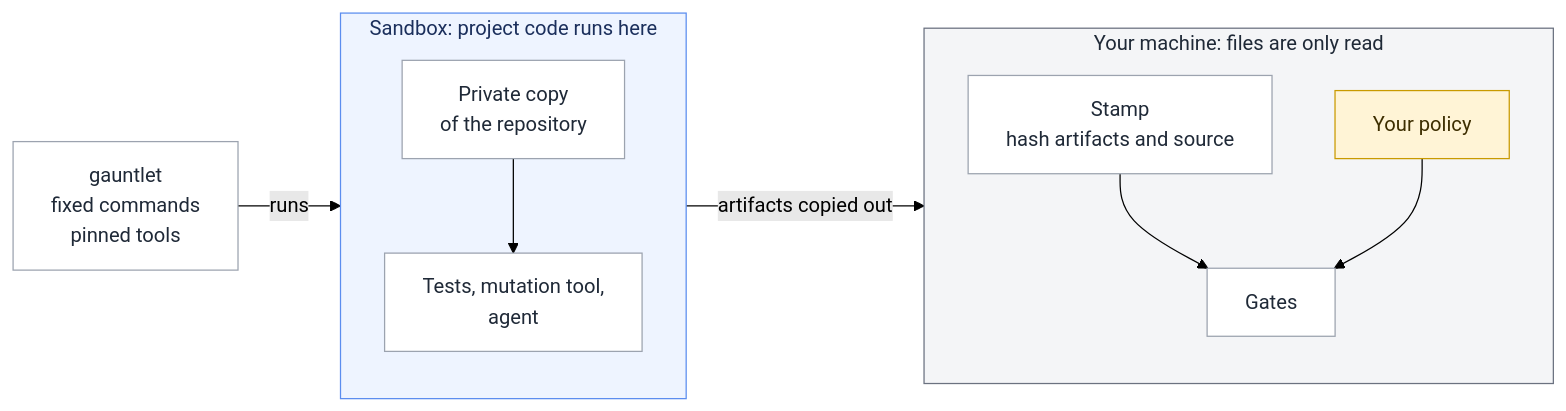
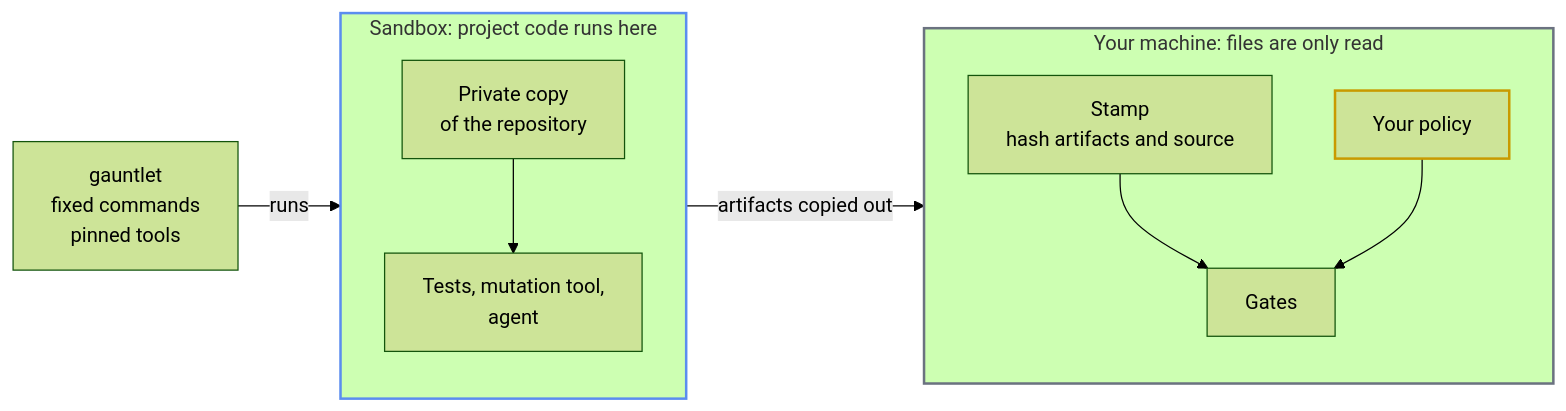
Before and after one commit to gajeshbhat/gauntlet: the diagram in docs/explanation.md, drawn with Mermaid (forest theme). The commit also changed 2 other files, not shown here.

Commit message:
docs: Let the diagrams follow the light or dark theme
Drop the fills and text colours; coloured 2px borders keep the
meaning (yellow: you, blue: sandbox, green: pass, red: fail).

````diff
--- a/docs/explanation.md
+++ b/docs/explanation.md
@@ -39,21 +39,20 @@
 ```mermaid
 flowchart LR
     gauntlet["gauntlet<br/>fixed commands<br/>pinned tools"]
     subgraph box["Sandbox: project code runs here"]
         direction TB
         copy["Private copy<br/>of the repository"] --> code["Tests, mutation tool,<br/>agent"]
     end
     subgraph host["Your machine: files are only read"]
         direction TB
         stamp["Stamp<br/>hash artifacts and source"] --> gates["Gates"]
         policy["Your policy"] --> gates
     end
     gauntlet -->|runs| copy
     code -->|artifacts copied out| stamp
 
-    classDef default fill:#ffffff,stroke:#9ca3af,color:#1f2937
-    classDef you fill:#fff4d6,stroke:#c99a00,color:#3d2e00
+    classDef you stroke:#c99a00,stroke-width:2px
     class policy you
-    style host fill:#f4f5f7,stroke:#6b7280,color:#1f2937
-    style box fill:#eef4ff,stroke:#5b8def,color:#1b2f5c
+    style host stroke:#6b7280,stroke-width:2px
+    style box stroke:#5b8def,stroke-width:2px
 ```
````
